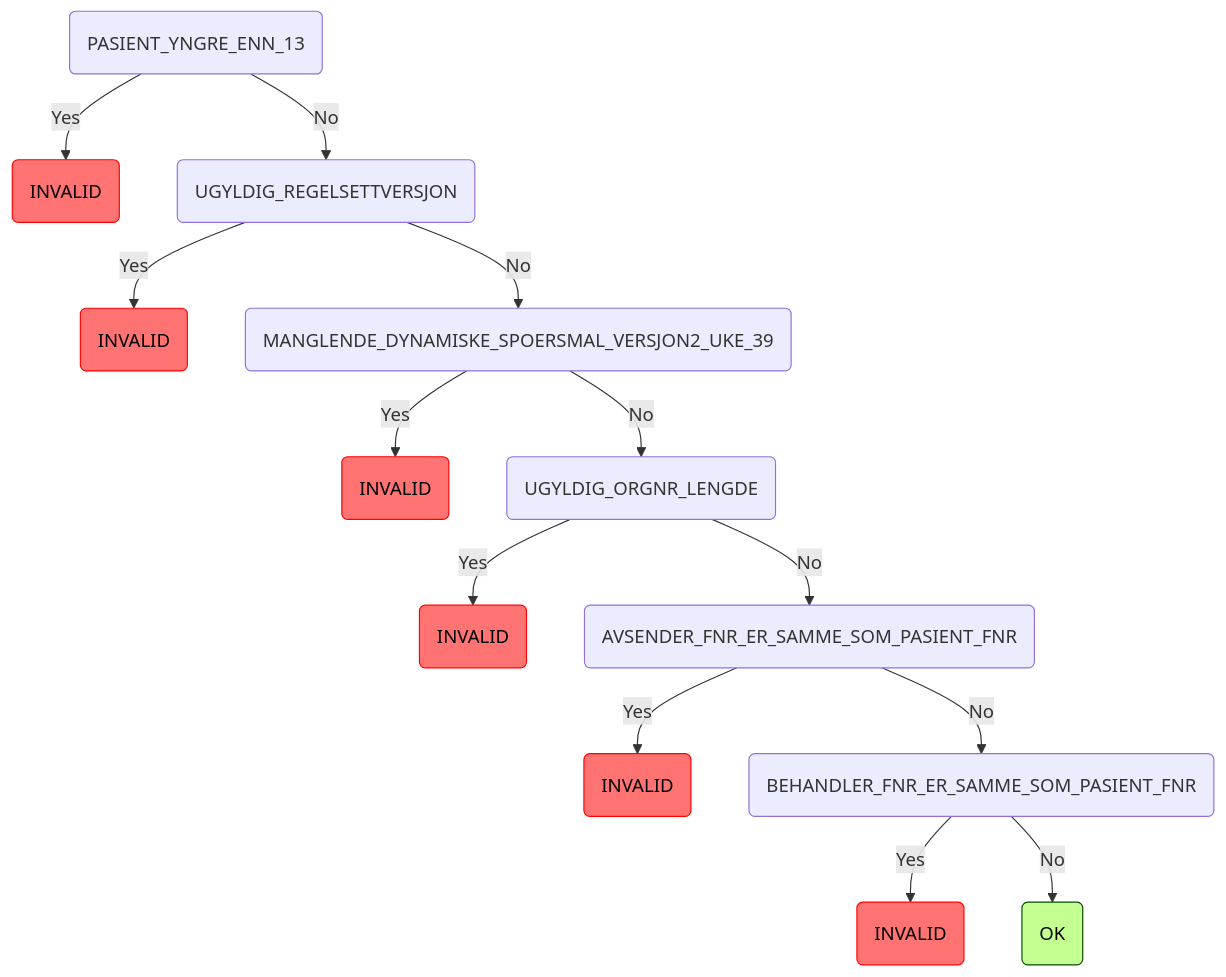
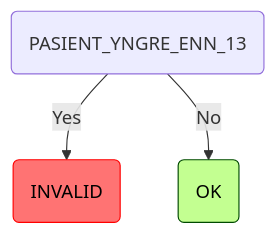
The seventh of 11 diagrams in README.md (navikt/syfosmregler), drawn with Mermaid before and after one commit. The commit also changed other lines of this file and 30 other files, not shown here.

````diff
--- a/README.md
+++ b/README.md
@@ -122,18 +170,8 @@
 ```mermaid
 graph TD
     root(PASIENT_YNGRE_ENN_13) -->|Yes| root_PASIENT_YNGRE_ENN_13_INVALID(INVALID):::invalid
-    root(PASIENT_YNGRE_ENN_13) -->|No| root_PASIENT_YNGRE_ENN_13_UGYLDIG_REGELSETTVERSJON(UGYLDIG_REGELSETTVERSJON)
-    root_PASIENT_YNGRE_ENN_13_UGYLDIG_REGELSETTVERSJON(UGYLDIG_REGELSETTVERSJON) -->|Yes| root_PASIENT_YNGRE_ENN_13_UGYLDIG_REGELSETTVERSJON_INVALID(INVALID):::invalid
-    root_PASIENT_YNGRE_ENN_13_UGYLDIG_REGELSETTVERSJON(UGYLDIG_REGELSETTVERSJON) -->|No| root_PASIENT_YNGRE_ENN_13_UGYLDIG_REGELSETTVERSJON_MANGLENDE_DYNAMISKE_SPOERSMAL_VERSJON2_UKE_39(MANGLENDE_DYNAMISKE_SPOERSMAL_VERSJON2_UKE_39)
-    root_PASIENT_YNGRE_ENN_13_UGYLDIG_REGELSETTVERSJON_MANGLENDE_DYNAMISKE_SPOERSMAL_VERSJON2_UKE_39(MANGLENDE_DYNAMISKE_SPOERSMAL_VERSJON2_UKE_39) -->|Yes| root_PASIENT_YNGRE_ENN_13_UGYLDIG_REGELSETTVERSJON_MANGLENDE_DYNAMISKE_SPOERSMAL_VERSJON2_UKE_39_INVALID(INVALID):::invalid
-    root_PASIENT_YNGRE_ENN_13_UGYLDIG_REGELSETTVERSJON_MANGLENDE_DYNAMISKE_SPOERSMAL_VERSJON2_UKE_39(MANGLENDE_DYNAMISKE_SPOERSMAL_VERSJON2_UKE_39) -->|No| root_PASIENT_YNGRE_ENN_13_UGYLDIG_REGELSETTVERSJON_MANGLENDE_DYNAMISKE_SPOERSMAL_VERSJON2_UKE_39_UGYLDIG_ORGNR_LENGDE(UGYLDIG_ORGNR_LENGDE)
-    root_PASIENT_YNGRE_ENN_13_UGYLDIG_REGELSETTVERSJON_MANGLENDE_DYNAMISKE_SPOERSMAL_VERSJON2_UKE_39_UGYLDIG_ORGNR_LENGDE(UGYLDIG_ORGNR_LENGDE) -->|Yes| root_PASIENT_YNGRE_ENN_13_UGYLDIG_REGELSETTVERSJON_MANGLENDE_DYNAMISKE_SPOERSMAL_VERSJON2_UKE_39_UGYLDIG_ORGNR_LENGDE_INVALID(INVALID):::invalid
-    root_PASIENT_YNGRE_ENN_13_UGYLDIG_REGELSETTVERSJON_MANGLENDE_DYNAMISKE_SPOERSMAL_VERSJON2_UKE_39_UGYLDIG_ORGNR_LENGDE(UGYLDIG_ORGNR_LENGDE) -->|No| root_PASIENT_YNGRE_ENN_13_UGYLDIG_REGELSETTVERSJON_MANGLENDE_DYNAMISKE_SPOERSMAL_VERSJON2_UKE_39_UGYLDIG_ORGNR_LENGDE_AVSENDER_FNR_ER_SAMME_SOM_PASIENT_FNR(AVSENDER_FNR_ER_SAMME_SOM_PASIENT_FNR)
-    root_PASIENT_YNGRE_ENN_13_UGYLDIG_REGELSETTVERSJON_MANGLENDE_DYNAMISKE_SPOERSMAL_VERSJON2_UKE_39_UGYLDIG_ORGNR_LENGDE_AVSENDER_FNR_ER_SAMME_SOM_PASIENT_FNR(AVSENDER_FNR_ER_SAMME_SOM_PASIENT_FNR) -->|Yes| root_PASIENT_YNGRE_ENN_13_UGYLDIG_REGELSETTVERSJON_MANGLENDE_DYNAMISKE_SPOERSMAL_VERSJON2_UKE_39_UGYLDIG_ORGNR_LENGDE_AVSENDER_FNR_ER_SAMME_SOM_PASIENT_FNR_INVALID(INVALID):::invalid
-    root_PASIENT_YNGRE_ENN_13_UGYLDIG_REGELSETTVERSJON_MANGLENDE_DYNAMISKE_SPOERSMAL_VERSJON2_UKE_39_UGYLDIG_ORGNR_LENGDE_AVSENDER_FNR_ER_SAMME_SOM_PASIENT_FNR(AVSENDER_FNR_ER_SAMME_SOM_PASIENT_FNR) -->|No| root_PASIENT_YNGRE_ENN_13_UGYLDIG_REGELSETTVERSJON_MANGLENDE_DYNAMISKE_SPOERSMAL_VERSJON2_UKE_39_UGYLDIG_ORGNR_LENGDE_AVSENDER_FNR_ER_SAMME_SOM_PASIENT_FNR_BEHANDLER_FNR_ER_SAMME_SOM_PASIENT_FNR(BEHANDLER_FNR_ER_SAMME_SOM_PASIENT_FNR)
-    root_PASIENT_YNGRE_ENN_13_UGYLDIG_REGELSETTVERSJON_MANGLENDE_DYNAMISKE_SPOERSMAL_VERSJON2_UKE_39_UGYLDIG_ORGNR_LENGDE_AVSENDER_FNR_ER_SAMME_SOM_PASIENT_FNR_BEHANDLER_FNR_ER_SAMME_SOM_PASIENT_FNR(BEHANDLER_FNR_ER_SAMME_SOM_PASIENT_FNR) -->|Yes| root_PASIENT_YNGRE_ENN_13_UGYLDIG_REGELSETTVERSJON_MANGLENDE_DYNAMISKE_SPOERSMAL_VERSJON2_UKE_39_UGYLDIG_ORGNR_LENGDE_AVSENDER_FNR_ER_SAMME_SOM_PASIENT_FNR_BEHANDLER_FNR_ER_SAMME_SOM_PASIENT_FNR_INVALID(INVALID):::invalid
-    root_PASIENT_YNGRE_ENN_13_UGYLDIG_REGELSETTVERSJON_MANGLENDE_DYNAMISKE_SPOERSMAL_VERSJON2_UKE_39_UGYLDIG_ORGNR_LENGDE_AVSENDER_FNR_ER_SAMME_SOM_PASIENT_FNR_BEHANDLER_FNR_ER_SAMME_SOM_PASIENT_FNR(BEHANDLER_FNR_ER_SAMME_SOM_PASIENT_FNR) -->|No| root_PASIENT_YNGRE_ENN_13_UGYLDIG_REGELSETTVERSJON_MANGLENDE_DYNAMISKE_SPOERSMAL_VERSJON2_UKE_39_UGYLDIG_ORGNR_LENGDE_AVSENDER_FNR_ER_SAMME_SOM_PASIENT_FNR_BEHANDLER_FNR_ER_SAMME_SOM_PASIENT_FNR_OK(OK):::ok
+    root(PASIENT_YNGRE_ENN_13) -->|No| root_PASIENT_YNGRE_ENN_13_OK(OK):::ok
     classDef ok fill:#c3ff91,stroke:#004a00,color: black;
     classDef invalid fill:#ff7373,stroke:#ff0000,color: black;
     classDef manuell fill:#ffe24f,stroke:#ffd500,color: #473c00;
 ```
````
